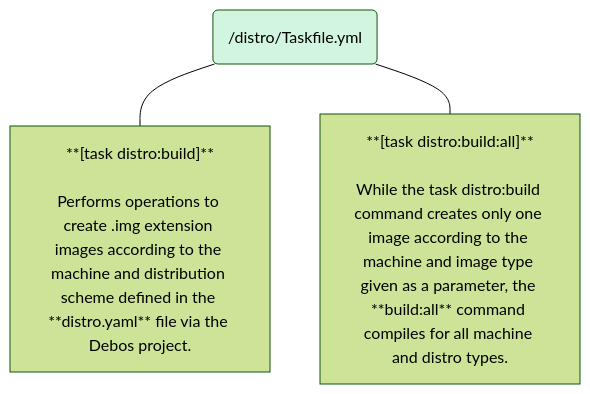
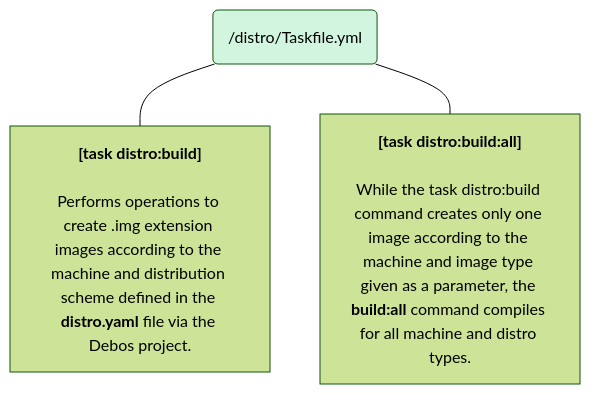
Before and after one commit to t3gemstone/docs: the fourth of 4 diagrams in en/sdk/components.mdx, drawn with Mermaid (forest theme). The commit also changed other lines of this file and 176 other files, not shown here.

````diff
--- a/en/sdk/components.mdx
+++ b/en/sdk/components.mdx
@@ -183,9 +183,9 @@
 ```mermaid
 flowchart
 	n1["/distro/Taskfile.yml"]
   style n1 fill:#D2F5DF
-	n1 --- n5["**[task distro:build]**<br><br>Performs operations to create .img extension images according to the machine and distribution scheme defined in the **distro.yaml** file via the Debos project."]
-	n1 --- n6["**[task distro:build:all]**<br><br>While the task distro:build command creates only one image according to the machine and image type given as a parameter, the **build:all** command compiles for all machine and distro types."]
+	n1 --- n5@{ label: "**[task distro:build]**<br><br>Performs operations to create .img extension images according to the machine and distribution scheme defined in the **distro.yaml** file via the Debos project." }
+	n1 --- n6@{ label: "**[task distro:build:all]**<br><br>While the task distro:build command creates only one image according to the machine and image type given as a parameter, the **build:all** command compiles for all machine and distro types." }
 	n1
 	n1@{ shape: "rounded", label: "/distro/Taskfile.yml" }
 ```
````
